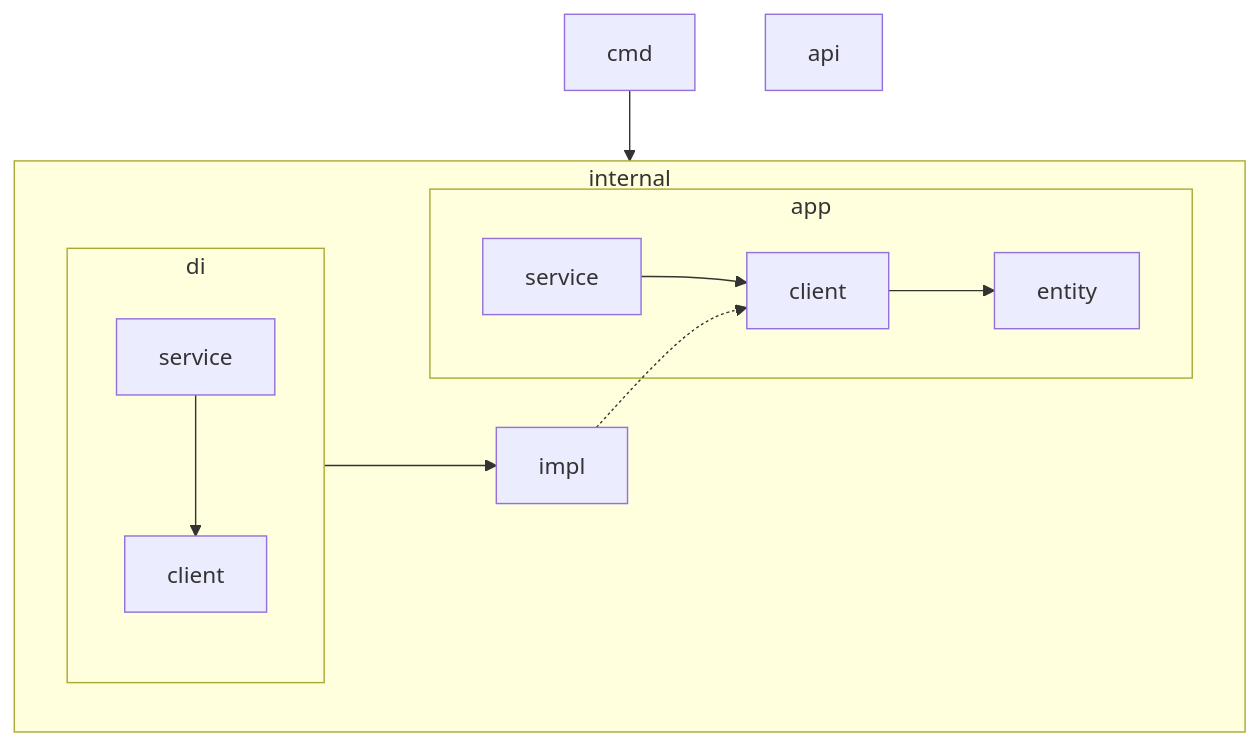
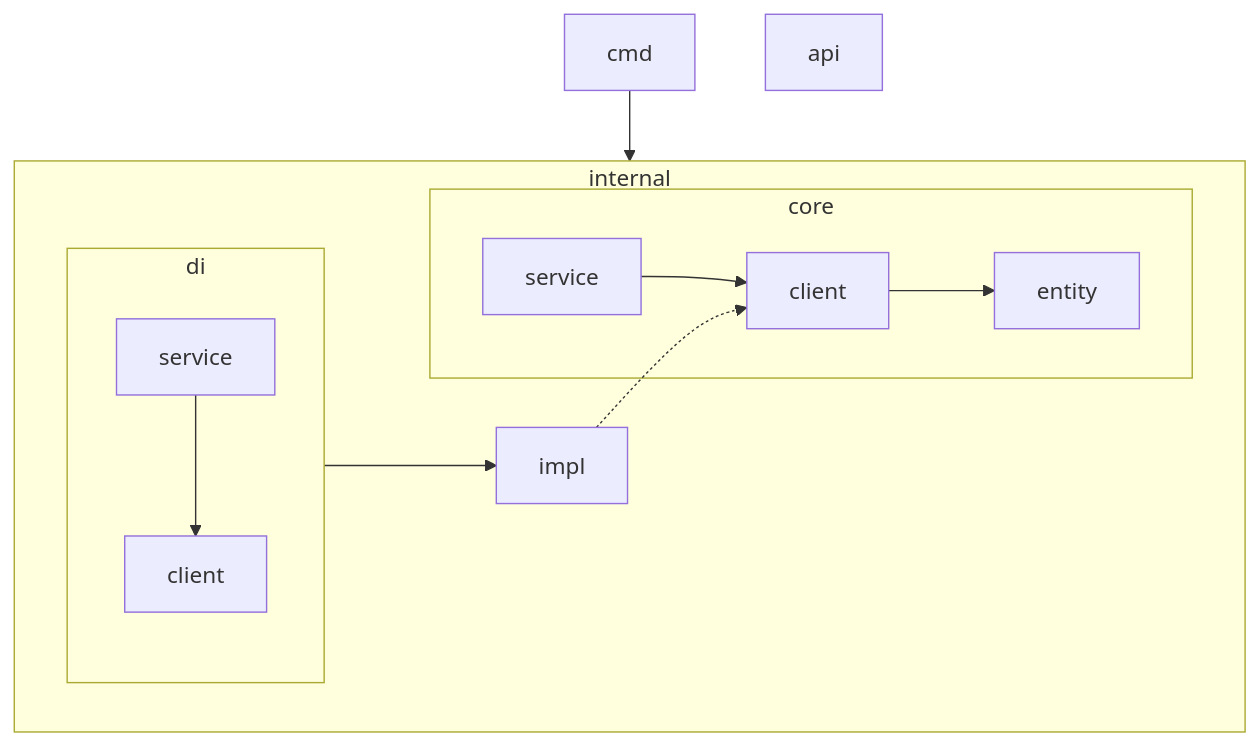
Before and after one commit to MoonlightOffice/typek8s: the diagram in package/AGENTS.md, drawn with Mermaid. The commit also changed other lines of this file and 21 other files, not shown here.

Commit message:
refactor: rename 'app' to 'core'

````diff
--- a/package/AGENTS.md
+++ b/package/AGENTS.md
@@ -15,21 +15,21 @@
 ```mermaid
 graph TB
     subgraph internal
         direction LR
-        subgraph app
+    subgraph core
             service --> client --> entity
         end
 
         impl -.-> client
 
         subgraph di
             S[service] --> C[client]
         end
 
         di --> impl
     end
 
     cmd --> internal
 
     api
 ```
````
